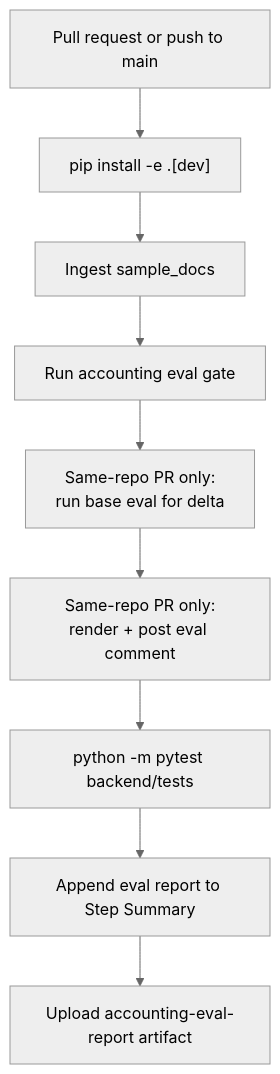
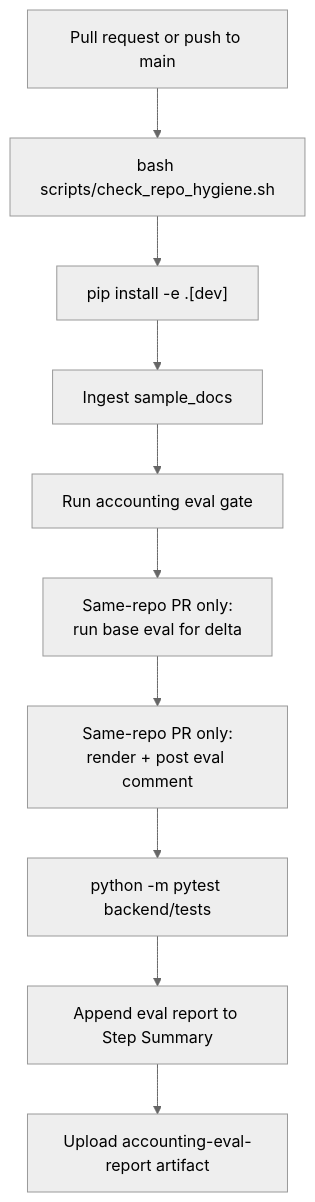
Before and after one commit to JassonG-xt/Trust-RAG-Accounting: the diagram in docs/ci_eval_gate.md, drawn with Mermaid (neutral theme). The commit also changed other lines of this file and 18 other files, not shown here.

````diff
--- a/docs/ci_eval_gate.md
+++ b/docs/ci_eval_gate.md
@@ -7,11 +7,12 @@
 ```mermaid
 flowchart TD
-    PR["Pull request or push to main"] --> INSTALL["pip install -e .[dev]"]
+    PR["Pull request or push to main"] --> HYGIENE["bash scripts/check_repo_hygiene.sh"]
+    HYGIENE --> INSTALL["pip install -e .[dev]"]
     INSTALL --> INGEST["Ingest sample_docs"]
     INGEST --> EVAL["Run accounting eval gate"]
     EVAL --> BASE["Same-repo PR only:<br/>run base eval for delta"]
     BASE --> COMMENT["Same-repo PR only:<br/>render + post eval comment"]
     COMMENT --> PYTEST["python -m pytest backend/tests"]
     PYTEST --> SUMMARY["Append eval report to Step Summary"]
     SUMMARY --> ARTIFACT["Upload accounting-eval-report artifact"]
 ```
````
